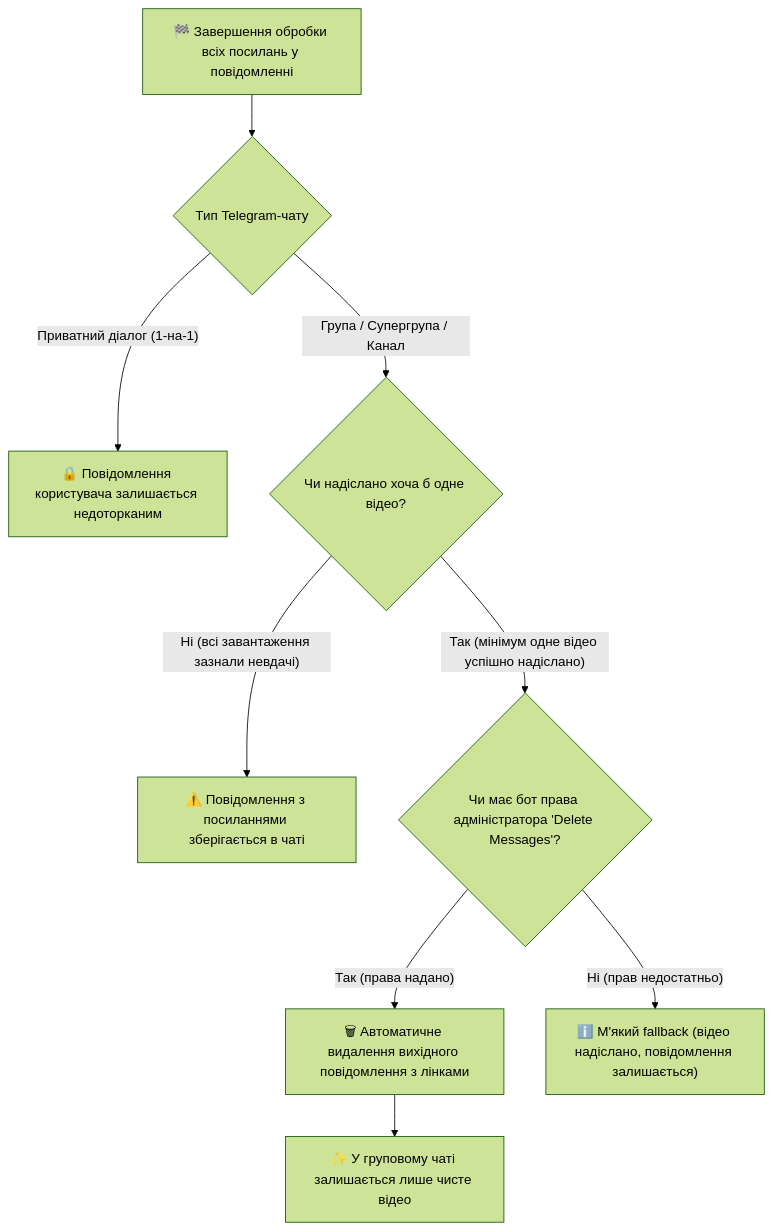
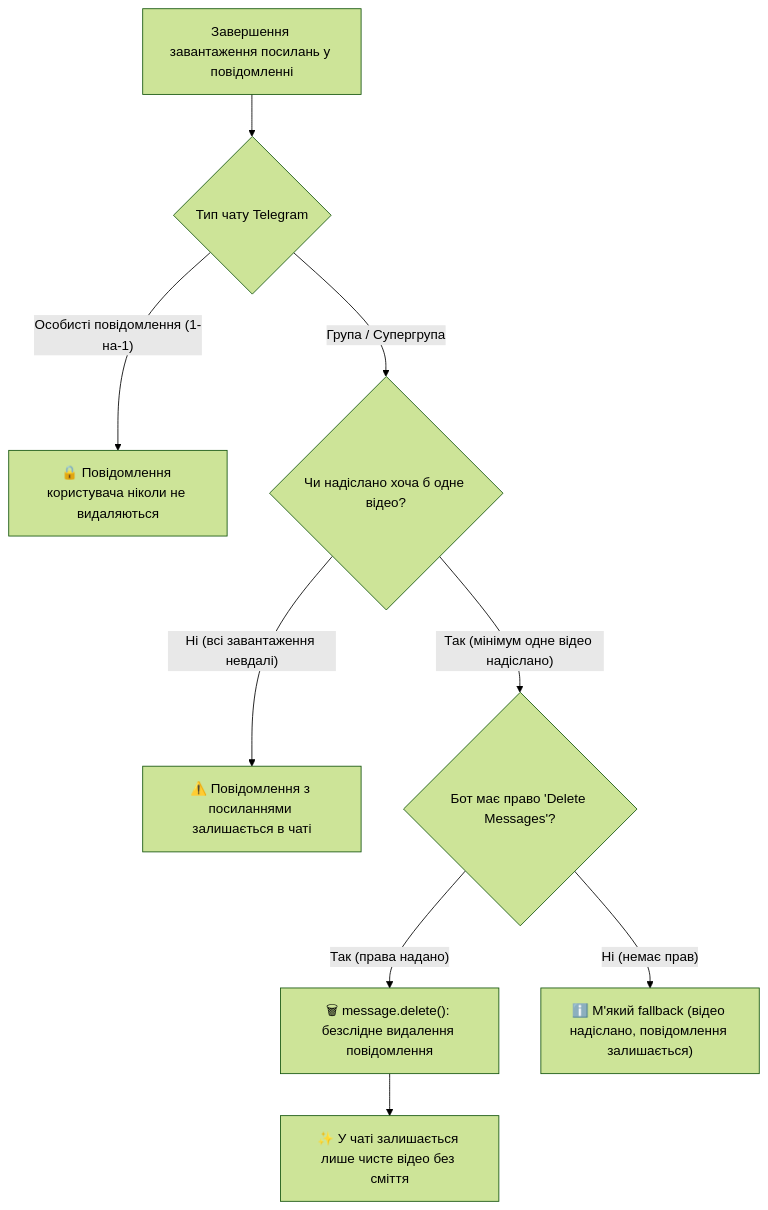
The third of 8 diagrams in README.md (vbazavliuk/Relay), drawn with Mermaid (forest theme) before and after one commit. The commit also changed other lines of this file and 6 other files, not shown here.

Commit message:
docs: refresh README, add comprehensive architecture docs, and verify all modules

````diff
--- a/README.md
+++ b/README.md
@@ -118,11 +178,11 @@
 ```mermaid
 flowchart TD
-    A["🏁 Завершення обробки всіх посилань у повідомленні"] --> B{"Тип Telegram-чату"}
-    B -- "Приватний діалог (1-на-1)" --> C["🔒 Повідомлення користувача залишається недоторканим"]
-    B -- "Група / Супергрупа / Канал" --> D{"Чи надіслано хоча б одне відео?"}
-    D -- "Ні (всі завантаження зазнали невдачі)" --> E["⚠️ Повідомлення з посиланнями зберігається в чаті"]
-    D -- "Так (мінімум одне відео успішно надіслано)" --> F{"Чи має бот права адміністратора 'Delete Messages'?"}
-    F -- "Так (права надано)" --> G["🗑 Автоматичне видалення вихідного повідомлення з лінками"]
-    G --> H["✨ У груповому чаті залишається лише чисте відео"]
-    F -- "Ні (прав недостатньо)" --> I["ℹ️ М'який fallback (відео надіслано, повідомлення залишається)"]
+    Finish["Завершення завантаження посилань у повідомленні"] --> ChatType{"Тип чату Telegram"}
+    ChatType -- "Особисті повідомлення (1-на-1)" --> KeepDirect["🔒 Повідомлення користувача ніколи не видаляються"]
+    ChatType -- "Група / Супергрупа" --> AnySuccess{"Чи надіслано хоча б одне відео?"}
+    AnySuccess -- "Ні (всі завантаження невдалі)" --> KeepMsg["⚠️ Повідомлення з посиланнями залишається в чаті"]
+    AnySuccess -- "Так (мінімум одне відео надіслано)" --> RightsCheck{"Бот має право 'Delete Messages'?"}
+    RightsCheck -- "Так (права надано)" --> DeleteOriginal["🗑 message.delete(): безслідне видалення повідомлення"]
+    DeleteOriginal --> CleanResult["✨ У чаті залишається лише чисте відео без сміття"]
+    RightsCheck -- "Ні (немає прав)" --> Graceful["ℹ️ М'який fallback (відео надіслано, повідомлення залишається)"]
 ```
````
